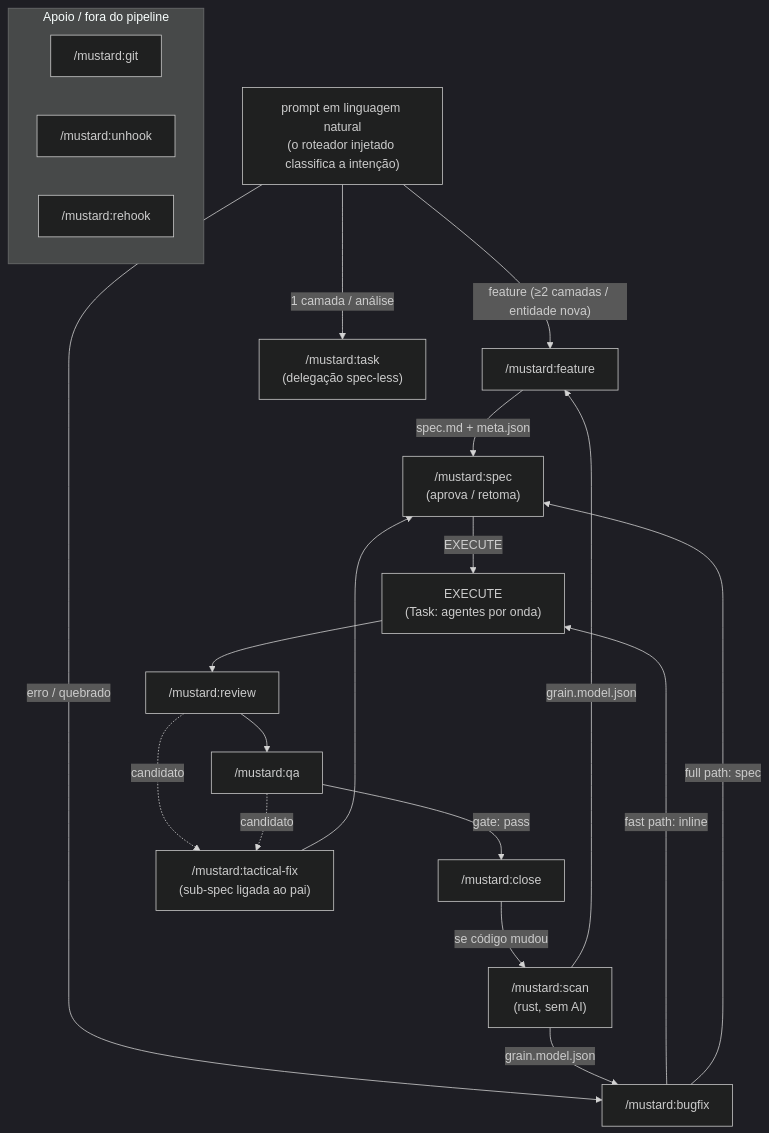
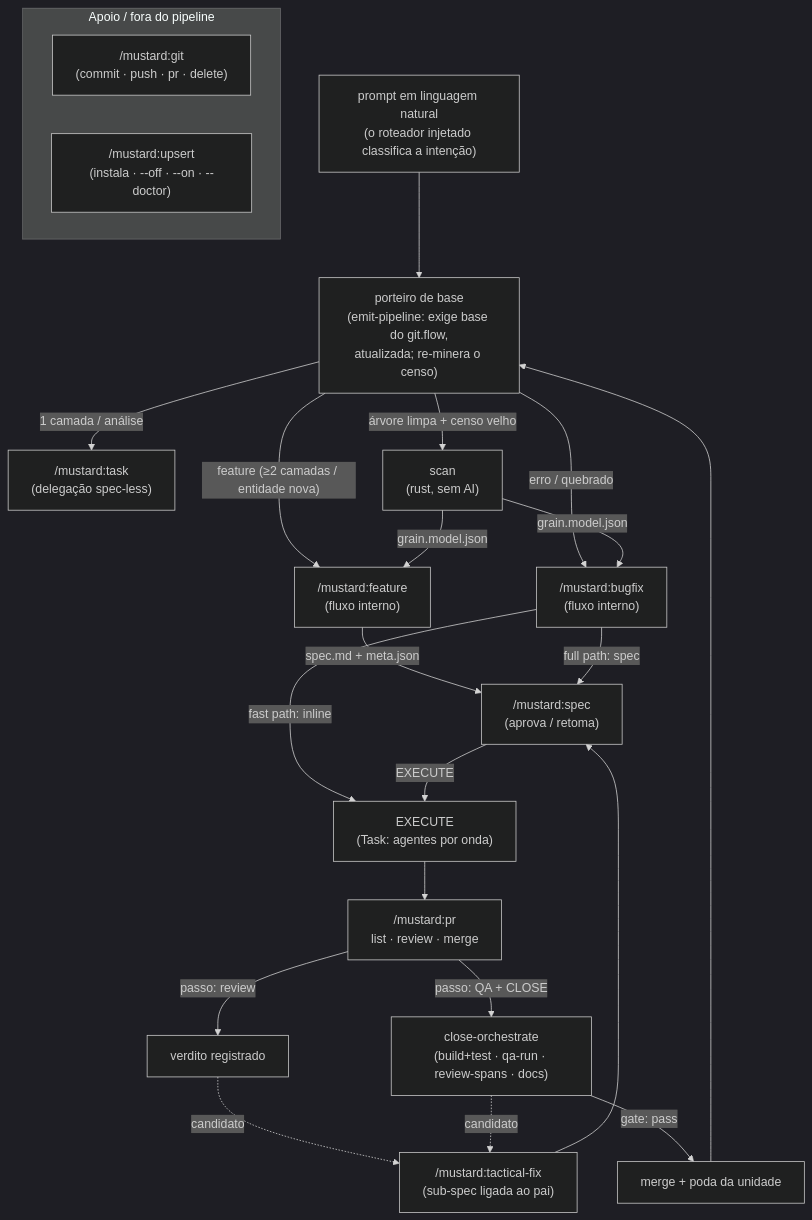
Before and after one commit to rubensrpj/mustard: the first of 12 diagrams in MUSTARD-COMMANDS.md, drawn with Mermaid (dark theme). The commit also changed other lines of this file and 39 other files, not shown here.

````diff
--- a/MUSTARD-COMMANDS.md
+++ b/MUSTARD-COMMANDS.md
@@ -23,30 +25,32 @@
 ```mermaid
 flowchart TD
-    door["prompt em linguagem natural<br/>(o roteador injetado classifica a intenção)"] -->|"feature (≥2 camadas / entidade nova)"| feat["/mustard:feature"]
-    door -->|"erro / quebrado"| bug["/mustard:bugfix"]
-    door -->|"1 camada / análise"| task["/mustard:task<br/>(delegação spec-less)"]
+    door["prompt em linguagem natural<br/>(o roteador injetado classifica a intenção)"] --> gate["porteiro de base<br/>(emit-pipeline: exige base do git.flow,<br/>atualizada; re-minera o censo)"]
+    gate -->|"feature (≥2 camadas / entidade nova)"| feat["/mustard:feature<br/>(fluxo interno)"]
+    gate -->|"erro / quebrado"| bug["/mustard:bugfix<br/>(fluxo interno)"]
+    gate -->|"1 camada / análise"| task["/mustard:task<br/>(delegação spec-less)"]
 
-    scan["/mustard:scan<br/>(rust, sem AI)"] -->|grain.model.json| feat
+    gate -->|"árvore limpa + censo velho"| scan["scan<br/>(rust, sem AI)"]
+    scan -->|grain.model.json| feat
     scan -->|grain.model.json| bug
 
     feat -->|spec.md + meta.json| spec["/mustard:spec<br/>(aprova / retoma)"]
     bug -->|"fast path: inline"| exec
     bug -->|"full path: spec"| spec
 
     spec -->|EXECUTE| exec["EXECUTE<br/>(Task: agentes por onda)"]
-    exec --> review["/mustard:review"]
-    review --> qa["/mustard:qa"]
-    qa -->|"gate: pass"| close["/mustard:close"]
+    exec --> pr["/mustard:pr<br/>list · review · merge"]
+    pr -->|"passo: review"| rev["verdito registrado"]
+    pr -->|"passo: QA + CLOSE"| gates["close-orchestrate<br/>(build+test · qa-run · review-spans · docs)"]
+    gates -->|"gate: pass"| merge["merge + poda da unidade"]
 
-    review -. candidato .-> tf["/mustard:tactical-fix<br/>(sub-spec ligada ao pai)"]
-    qa -. candidato .-> tf
+    rev -. candidato .-> tf["/mustard:tactical-fix<br/>(sub-spec ligada ao pai)"]
+    gates -. candidato .-> tf
     tf --> spec
 
-    close -->|se código mudou| scan
+    merge --> gate
 
     subgraph apoio["Apoio / fora do pipeline"]
-        git["/mustard:git"]
-        unhook["/mustard:unhook"]
-        rehook["/mustard:rehook"]
+        git["/mustard:git<br/>(commit · push · pr · delete)"]
+        upsert["/mustard:upsert<br/>(instala · --off · --on · --doctor)"]
     end
 ```
````
